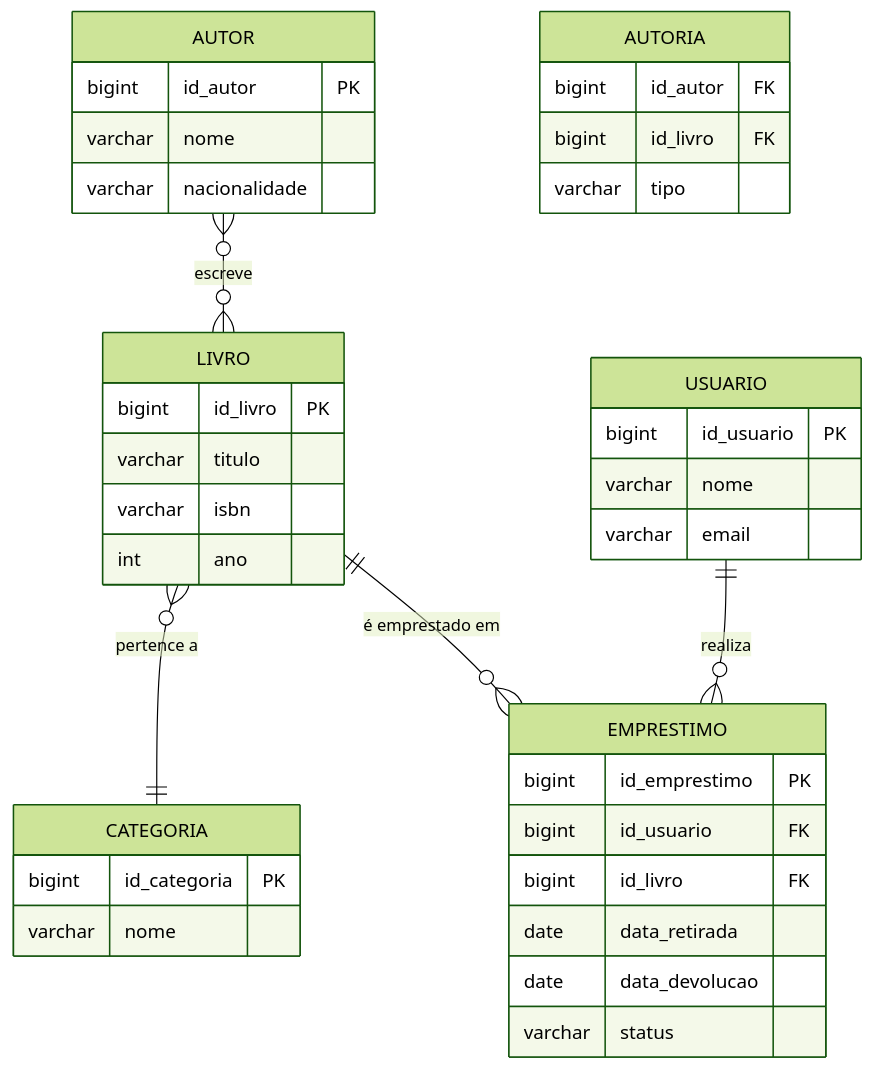
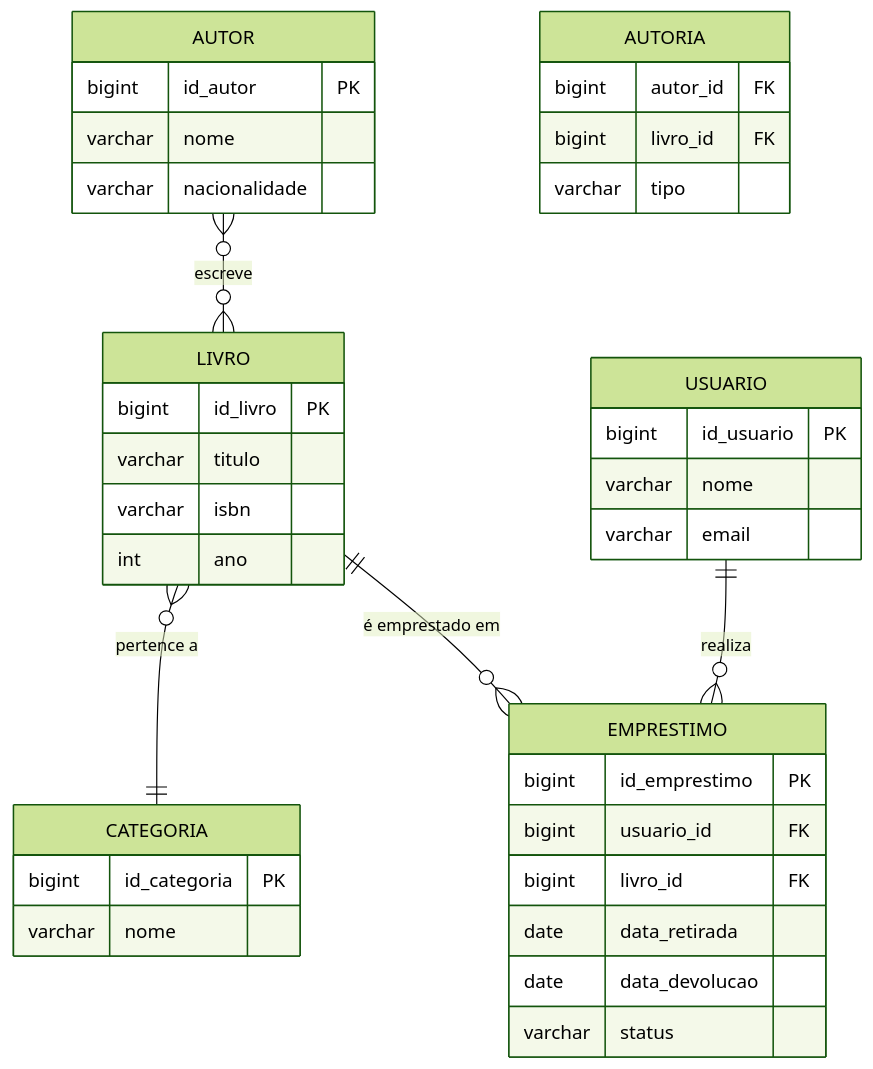
The ninth of 9 diagrams in docs/aulas/Aula_02_Normalizacao.md (DSM-Fatec-Jahu/BDR-DSM-2026-2), drawn with Mermaid (forest theme) before and after one commit. The commit also changed other lines of this file and 1 other file, not shown here.

````diff
--- a/docs/aulas/Aula_02_Normalizacao.md
+++ b/docs/aulas/Aula_02_Normalizacao.md
@@ -713,46 +732,46 @@
 ```mermaid
 erDiagram
     AUTOR {
         bigint id_autor PK
         varchar nome
         varchar nacionalidade
     }
 
     LIVRO {
         bigint id_livro PK
         varchar titulo
         varchar isbn
         int ano
     }
 
     CATEGORIA {
         bigint id_categoria PK
         varchar nome
     }
 
     USUARIO {
         bigint id_usuario PK
         varchar nome
         varchar email
     }
 
     AUTORIA {
-        bigint id_autor FK
-        bigint id_livro FK
+        bigint autor_id FK
+        bigint livro_id FK
         varchar tipo
     }
 
     EMPRESTIMO {
         bigint id_emprestimo PK
-        bigint id_usuario FK
-        bigint id_livro FK
+        bigint usuario_id FK
+        bigint livro_id FK
         date data_retirada
         date data_devolucao
         varchar status
     }
 
     AUTOR }o--o{ LIVRO : "escreve"
     LIVRO }o--|| CATEGORIA : "pertence a"
     USUARIO ||--o{ EMPRESTIMO : "realiza"
     LIVRO ||--o{ EMPRESTIMO : "é emprestado em"
 ```
````
